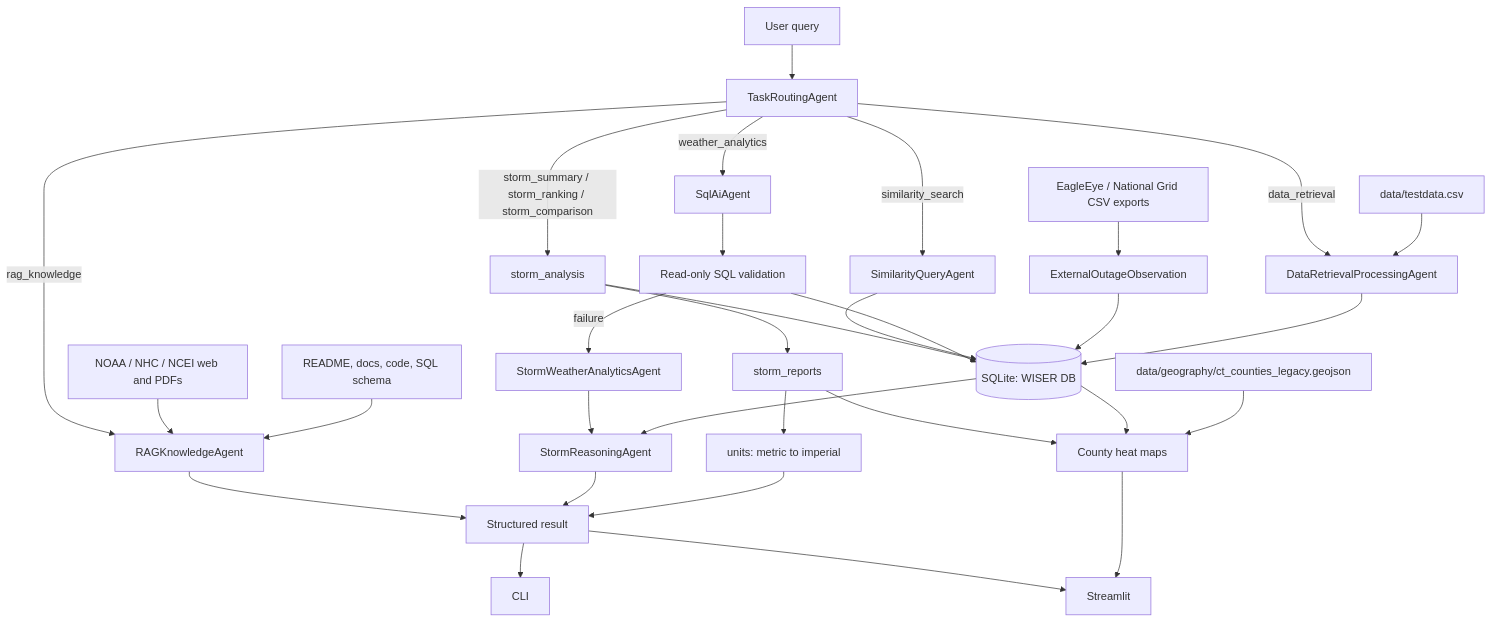
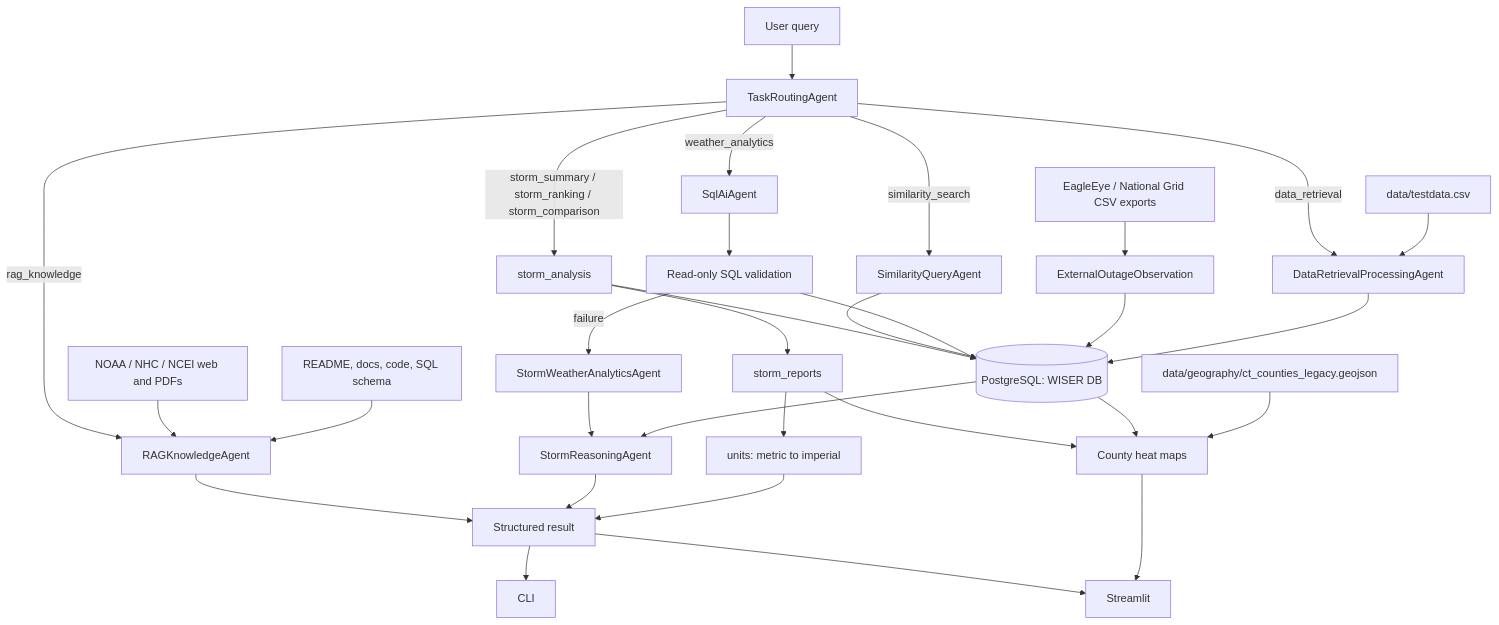
The diagram in docs/WISER_DOCUMENTATION.md (jgb23002/WISER), drawn with Mermaid before and after one commit. The commit also changed other lines of this file and 49 other files, not shown here.

````diff
--- a/docs/WISER_DOCUMENTATION.md
+++ b/docs/WISER_DOCUMENTATION.md
@@ -7,33 +7,33 @@
 ```mermaid
 flowchart TD
     CSV[data/testdata.csv] --> PIPE[DataRetrievalProcessingAgent]
-    PIPE --> DB[(SQLite: WISER DB)]
+    PIPE --> DB[(PostgreSQL: WISER DB)]
     EXT[EagleEye / National Grid CSV exports] --> STAGE[ExternalOutageObservation]
     STAGE --> DB
     DOCS[README, docs, code, SQL schema] --> RAG[RAGKnowledgeAgent]
     WEB[NOAA / NHC / NCEI web and PDFs] --> RAG
     Q[User query] --> ROUTER[TaskRoutingAgent]
     ROUTER -->|data_retrieval| PIPE
     ROUTER -->|weather_analytics| SQLAI[SqlAiAgent]
     SQLAI --> VALIDATE[Read-only SQL validation]
     VALIDATE --> DB
     VALIDATE -->|failure| FALLBACK[StormWeatherAnalyticsAgent]
     DB --> REASON[StormReasoningAgent]
     FALLBACK --> REASON
     GEO[data/geography/ct_counties_legacy.geojson] --> VIZ[County heat maps]
     DB --> VIZ
     ROUTER -->|similarity_search| SIM[SimilarityQueryAgent]
     SIM --> DB
     ROUTER -->|storm_summary / storm_ranking / storm_comparison| SA[storm_analysis]
     SA --> DB
     SA --> REPORTS[storm_reports]
     REPORTS --> UNITS[units: metric to imperial]
     REPORTS --> VIZ
     UNITS --> OUT
     ROUTER -->|rag_knowledge| RAG
     REASON --> OUT[Structured result]
     VIZ --> UI[Streamlit]
     RAG --> OUT
     OUT --> CLI[CLI]
     OUT --> UI[Streamlit]
 ```
````
